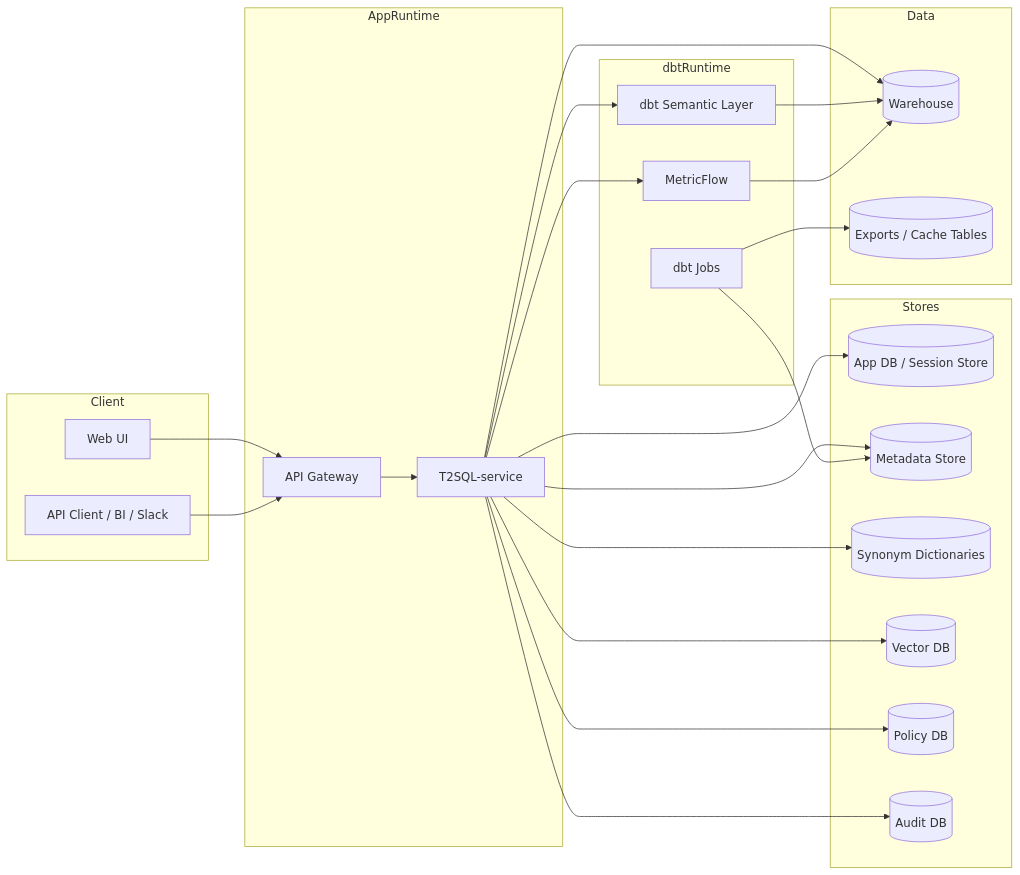
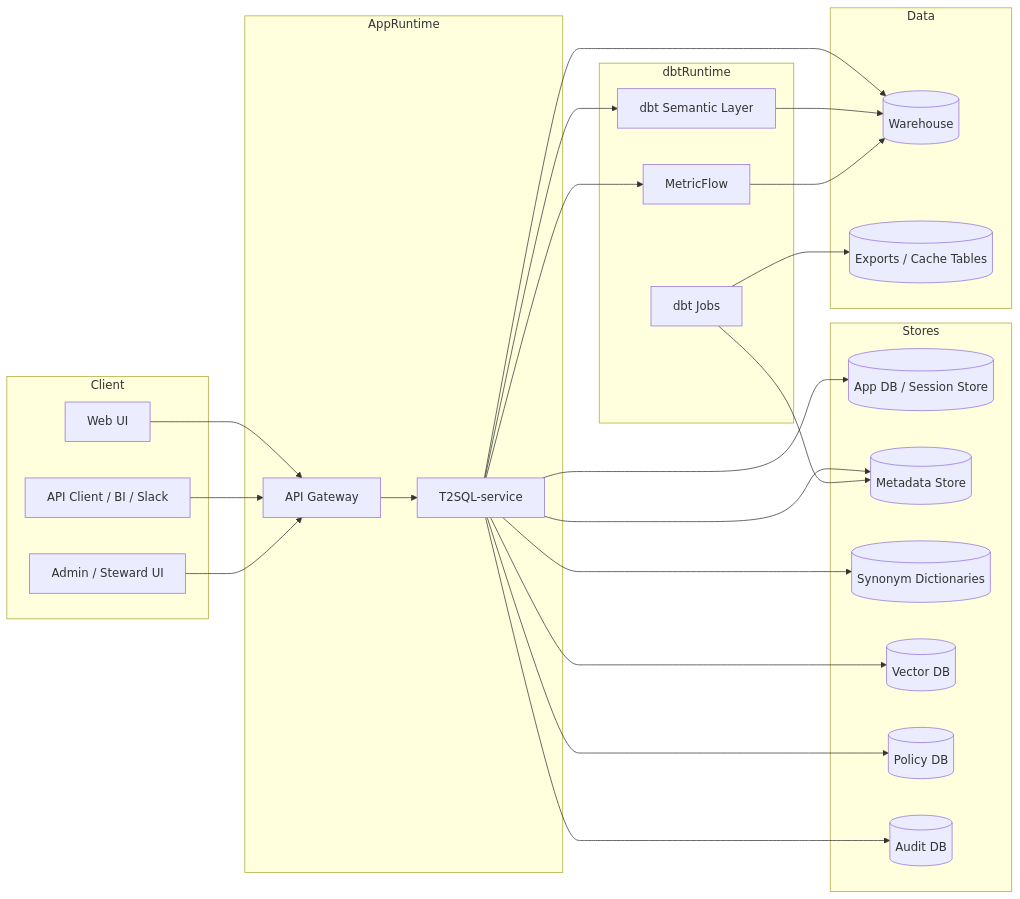
The seventh of 7 diagrams in docs/integration-scenarios.md (MikeYu123/texttosql), drawn with Mermaid before and after one commit. The commit also changed other lines of this file and 1 other file, not shown here.

Commit message:
Clarify steward UI in docs and spec

````diff
--- a/docs/integration-scenarios.md
+++ b/docs/integration-scenarios.md
@@ -161,49 +163,51 @@
 ```mermaid
 flowchart LR
     subgraph Client
         Web[Web UI]
         APIClient[API Client / BI / Slack]
+        StewardUI[Admin / Steward UI]
     end
 
     subgraph AppRuntime
         Gateway[API Gateway]
         T2SQL[T2SQL-service]
     end
 
     subgraph Stores
         AppDB[(App DB / Session Store)]
         Metadata[(Metadata Store)]
         Synonyms[(Synonym Dictionaries)]
         VectorDB[(Vector DB)]
         PolicyDB[(Policy DB)]
         AuditDB[(Audit DB)]
     end
 
     subgraph dbtRuntime
         dbtJob[dbt Jobs]
         SemanticLayer[dbt Semantic Layer]
         MetricFlow[MetricFlow]
     end
 
     subgraph Data
         DWH[(Warehouse)]
         Cache[(Exports / Cache Tables)]
     end
 
     Web --> Gateway
     APIClient --> Gateway
+    StewardUI --> Gateway
     Gateway --> T2SQL
     T2SQL --> AppDB
     T2SQL --> Metadata
     T2SQL --> Synonyms
     T2SQL --> VectorDB
     T2SQL --> PolicyDB
     T2SQL --> SemanticLayer
     T2SQL --> MetricFlow
     T2SQL --> DWH
     SemanticLayer --> DWH
     MetricFlow --> DWH
     dbtJob --> Metadata
     dbtJob --> Cache
     T2SQL --> AuditDB
 ```
````
